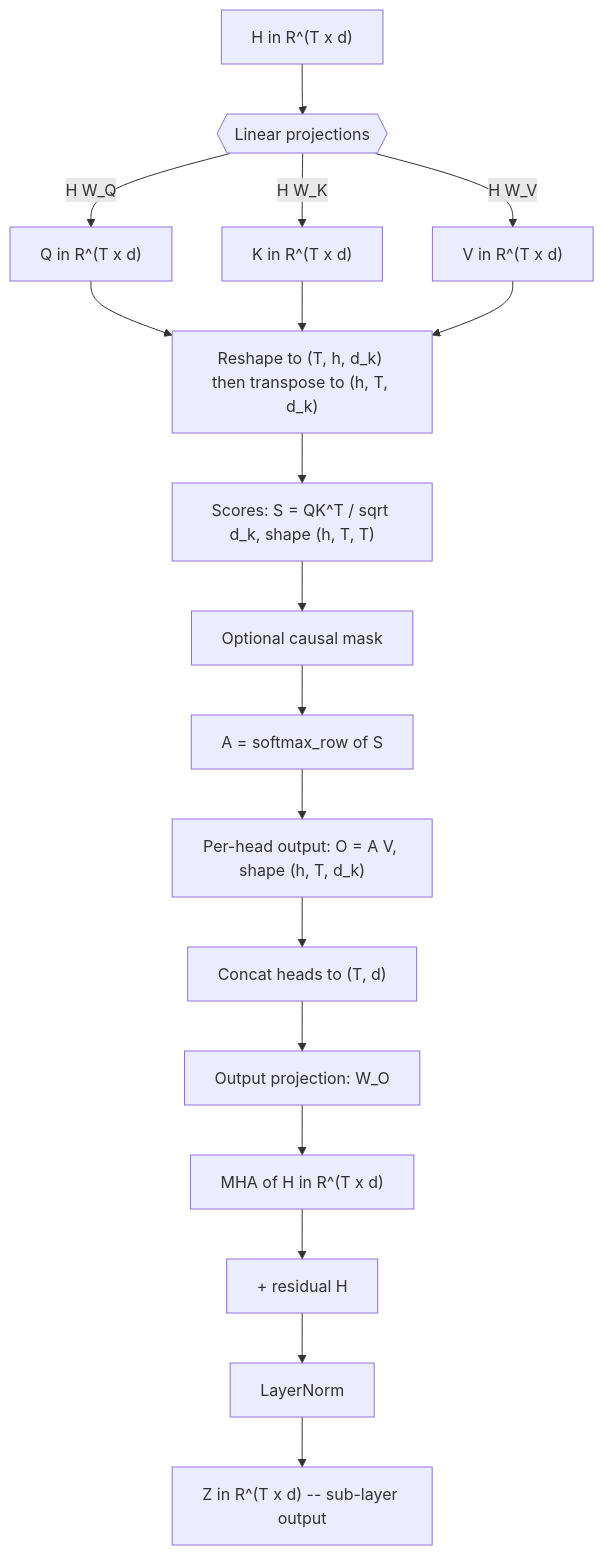
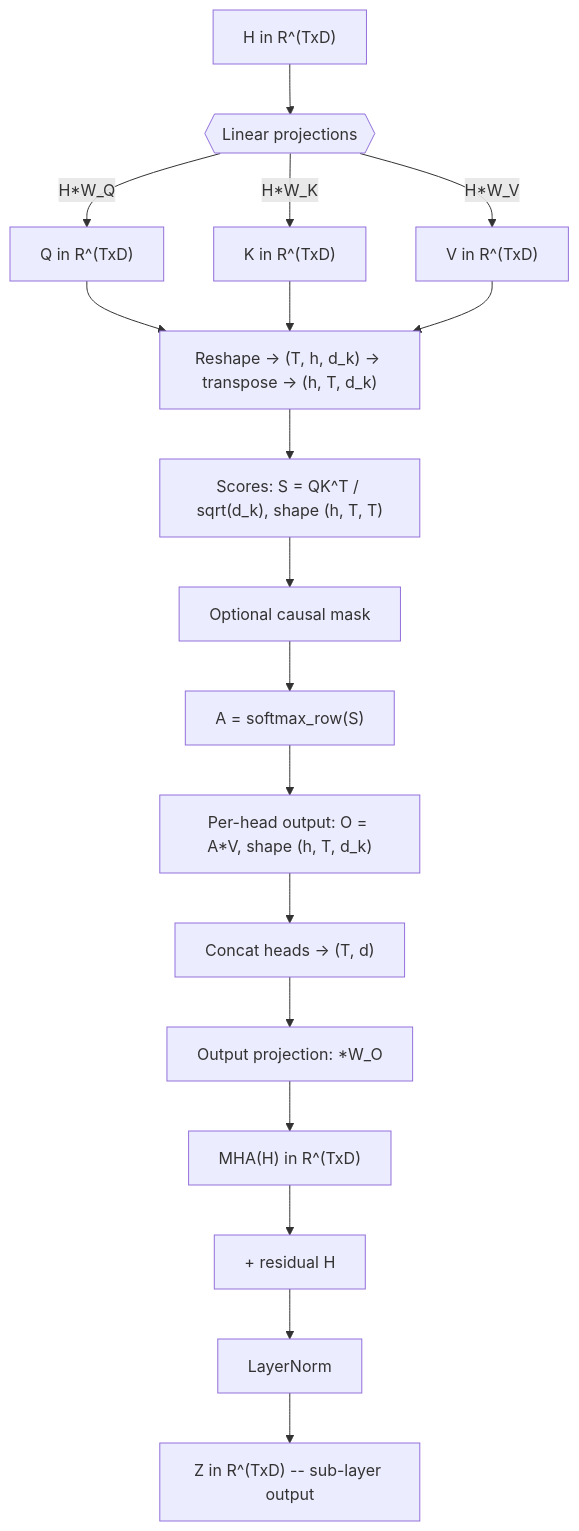
The first of 4 diagrams in docs/Multi-Head_Attention_in_Transformer_Block.md (dimitarpg13/semantic_simulation), drawn with Mermaid before and after one commit. The commit also changed other lines of this file, not shown here.

````diff
--- a/docs/Multi-Head_Attention_in_Transformer_Block.md
+++ b/docs/Multi-Head_Attention_in_Transformer_Block.md
@@ -28,20 +28,20 @@
 ```mermaid
 flowchart TD
-    H["H in R^(T x d)"] --> P{{"Linear projections"}}
-    P -->|"H W_Q"| Q["Q in R^(T x d)"]
-    P -->|"H W_K"| K["K in R^(T x d)"]
-    P -->|"H W_V"| V["V in R^(T x d)"]
-    Q --> RS["Reshape to (T, h, d_k) then transpose to (h, T, d_k)"]
+    H["H in R^(TxD)"] --> P{{"Linear projections"}}
+    P -->|"H*W_Q"| Q["Q in R^(TxD)"]
+    P -->|"H*W_K"| K["K in R^(TxD)"]
+    P -->|"H*W_V"| V["V in R^(TxD)"]
+    Q --> RS["Reshape -> (T, h, d_k) -> transpose -> (h, T, d_k)"]
     K --> RS
     V --> RS
-    RS --> S["Scores: S = QK^T / sqrt d_k, shape (h, T, T)"]
+    RS --> S["Scores: S = QK^T / sqrt(d_k), shape (h, T, T)"]
     S --> M["Optional causal mask"]
-    M --> A["A = softmax_row of S"]
-    A --> O["Per-head output: O = A V, shape (h, T, d_k)"]
-    O --> C["Concat heads to (T, d)"]
-    C --> WO["Output projection: W_O"]
-    WO --> Out["MHA of H in R^(T x d)"]
+    M --> A["A = softmax_row(S)"]
+    A --> O["Per-head output: O = A*V, shape (h, T, d_k)"]
+    O --> C["Concat heads -> (T, d)"]
+    C --> WO["Output projection: *W_O"]
+    WO --> Out["MHA(H) in R^(TxD)"]
     Out --> R["+ residual H"]
     R --> LN["LayerNorm"]
-    LN --> Z["Z in R^(T x d) -- sub-layer output"]
+    LN --> Z["Z in R^(TxD) -- sub-layer output"]
 ```
````
